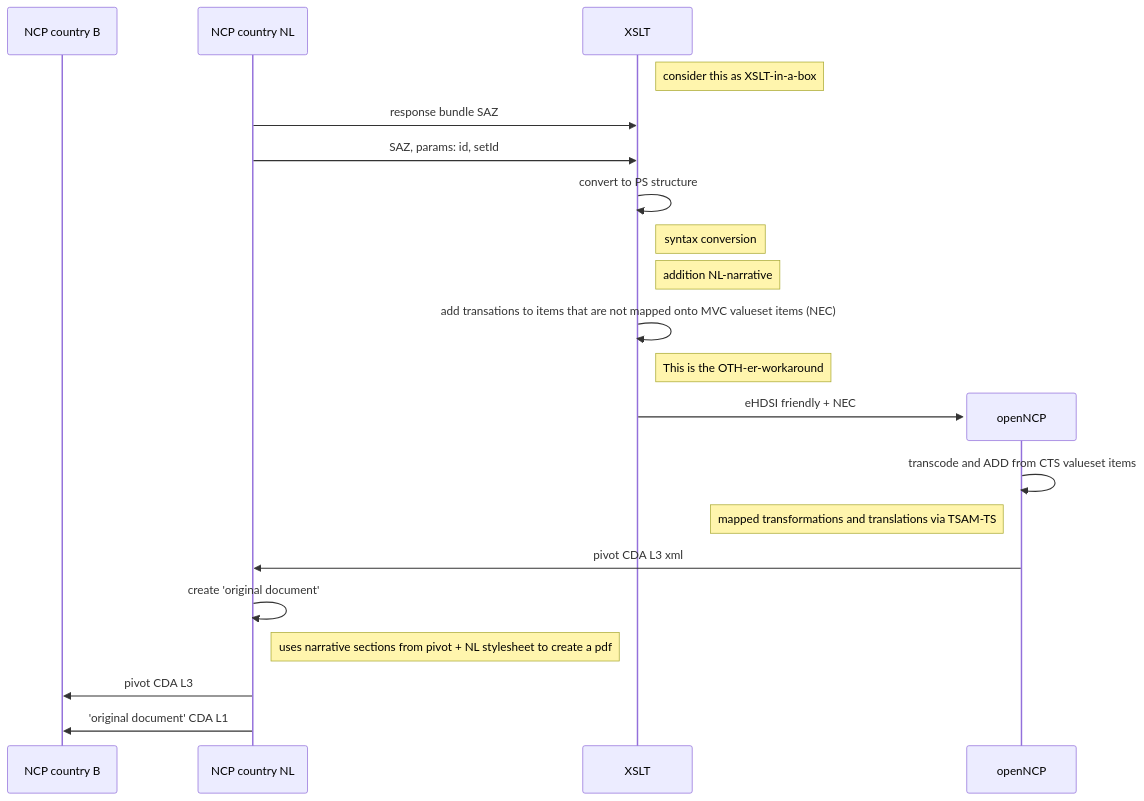
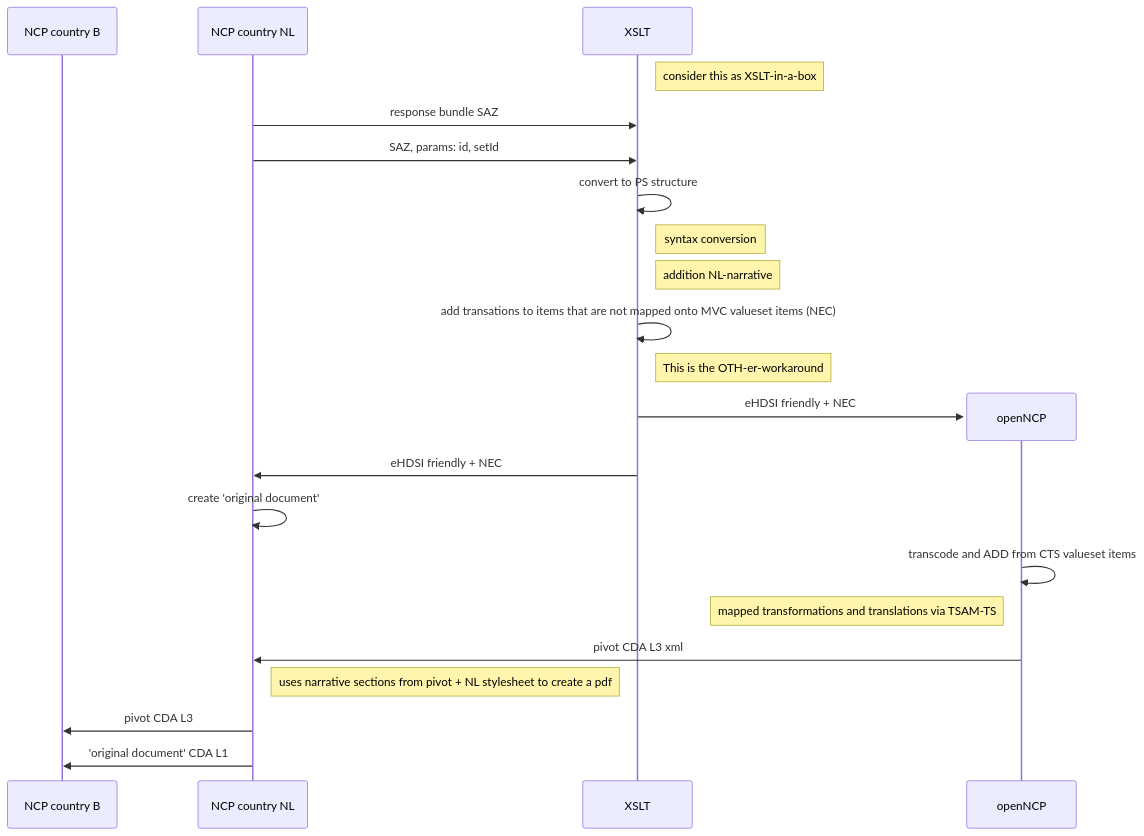
The second of 2 diagrams in nieuw.md (Nictiz/ncp-conversie), drawn with Mermaid before and after one commit.

Commit message:
Update nieuw.md
de original document wordt gemaakt van het ehdsi-friendly + NEC

````diff
--- a/nieuw.md
+++ b/nieuw.md
@@ -24,23 +24,24 @@
 ```mermaid
 sequenceDiagram
   participant B as NCP country B
   participant A as NCP country NL
 create participant XSLT as XSLT
 Note right of XSLT: consider this as XSLT-in-a-box
     A->>XSLT: response bundle SAZ
     A->>XSLT: SAZ, params: id, setId
     XSLT->>XSLT: convert to PS structure
 Note right of XSLT: syntax conversion
 Note right of XSLT: addition NL-narrative  
     XSLT->>XSLT: add transations to items that are not mapped onto MVC valueset items (NEC)
 Note right of XSLT: This is the OTH-er-workaround
   create participant openNCP
-    XSLT->>openNCP: eHDSI friendly + NEC 
+    XSLT->>openNCP: eHDSI friendly + NEC
+    XSLT->>A: eHDSI friendly + NEC
+    A->>A : create 'original document'
    openNCP->>openNCP: transcode and ADD from CTS valueset items
 Note left of openNCP: mapped transformations and translations via TSAM-TS
 openNCP->>A:pivot CDA L3 xml
-A->>A : create 'original document'
 Note right of A: uses narrative sections from pivot + NL stylesheet to create a pdf
 A->> B: pivot CDA L3
   A->> B: 'original document' CDA L1
 ```
````
